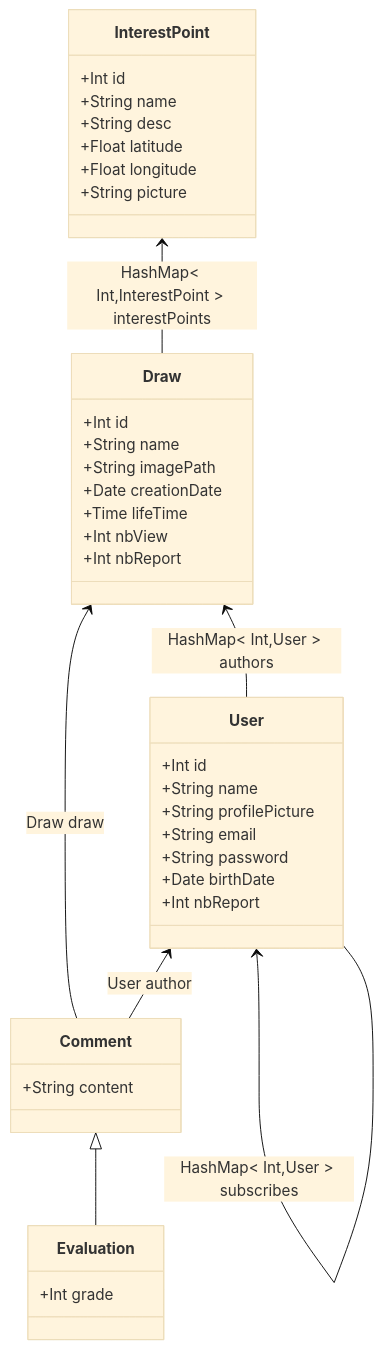
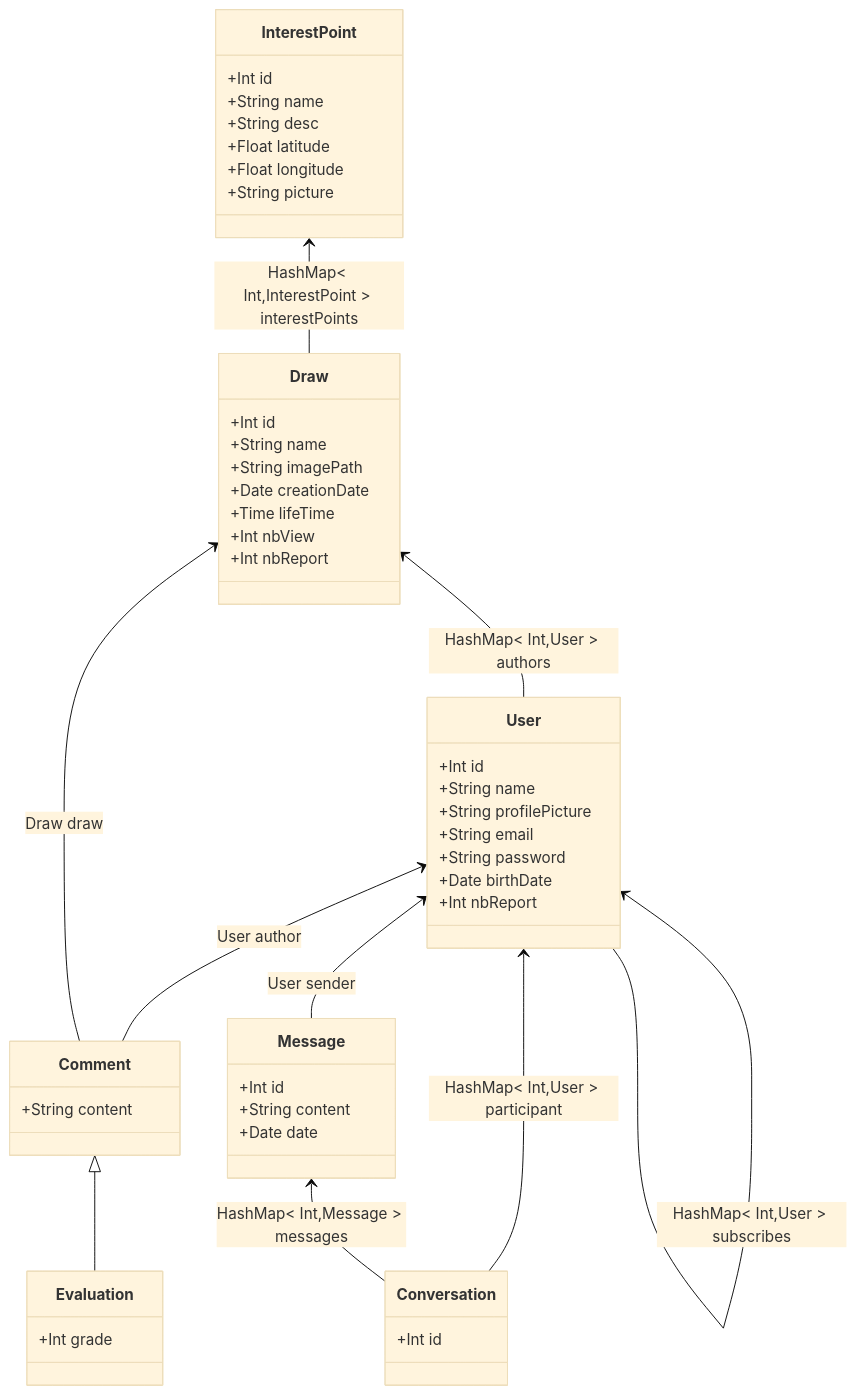
Before and after one commit to axdelafuen/ar-tistic: the diagram in Documents-Code/Diagrammes/classDiagram.md, drawn with Mermaid (base theme).

````diff
--- a/Documents-Code/Diagrammes/classDiagram.md
+++ b/Documents-Code/Diagrammes/classDiagram.md
@@ -4,49 +4,60 @@
 ```mermaid
 classDiagram
 
 class User{
         +Int id
         +String name
         +String profilePicture
         +String email
         +String password
         +Date birthDate
         +Int nbReport
     }
 
 class InterestPoint{
         +Int id
         +String name
         +String desc
         +Float latitude
         +Float longitude
         +String picture
 }
 
 class Draw{
         +Int id
         +String name
         +String imagePath
         +Date creationDate
         +Time lifeTime
         +Int nbView
         +Int nbReport
 }
 
 class Comment{
         +String content
 }
 
 class Evaluation{
         +Int grade
 }
 
 Comment <|-- Evaluation
 User <-- Comment : User author
 Draw <-- Comment : Draw draw
 User <-- User : HashMap< Int,User > subscribes
 Draw <-- User : HashMap< Int,User > authors
 InterestPoint <-- Draw : HashMap< Int,InterestPoint > interestPoints
 
+class Conversation{
+        +Int id
+}
 
+class Message{
+        +Int id
+        +String content
+        +Date date
+}
+User <-- Conversation : HashMap< Int,User > participant
+Message <-- Conversation : HashMap< Int,Message > messages
+User <-- Message : User sender
 ```
````
